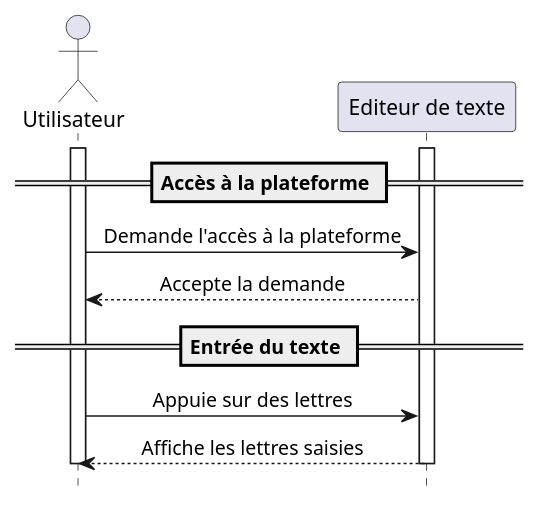
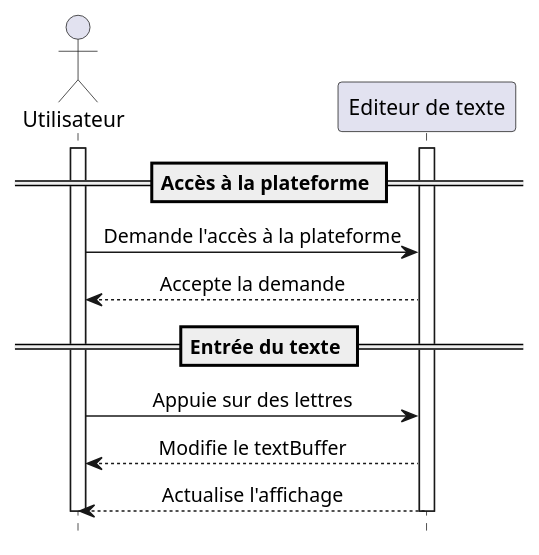
Before and after one commit to AquaBx/text-editor: the diagram in V1/conception/diagramme-sequence/sequence-ecrire/ecrire.puml, drawn with PlantUML. The commit also changed 24 other files, not shown here.

```diff
--- a/V1/conception/diagramme-sequence/sequence-ecrire/ecrire.puml
+++ b/V1/conception/diagramme-sequence/sequence-ecrire/ecrire.puml
@@ -1,23 +1,24 @@
 @startuml ecrire-texte
 hide footbox
 skinparam sequenceMessageAlign center
 
 actor Utilisateur
 participant "Editeur de texte"
 
 activate Utilisateur
 activate "Editeur de texte"
 
 == Accès à la plateforme ==
 
 Utilisateur -> "Editeur de texte": Demande l'accès à la plateforme
 Utilisateur <-- "Editeur de texte": Accepte la demande
 
 == Entrée du texte ==
 
 Utilisateur -> "Editeur de texte": Appuie sur des lettres
-Utilisateur <-- "Editeur de texte": Affiche les lettres saisies
+Utilisateur <-- "Editeur de texte": Modifie le textBuffer
+Utilisateur <-- "Editeur de texte": Actualise l'affichage
 
 deactivate Utilisateur
 deactivate "Editeur de texte"
 @enduml
```
